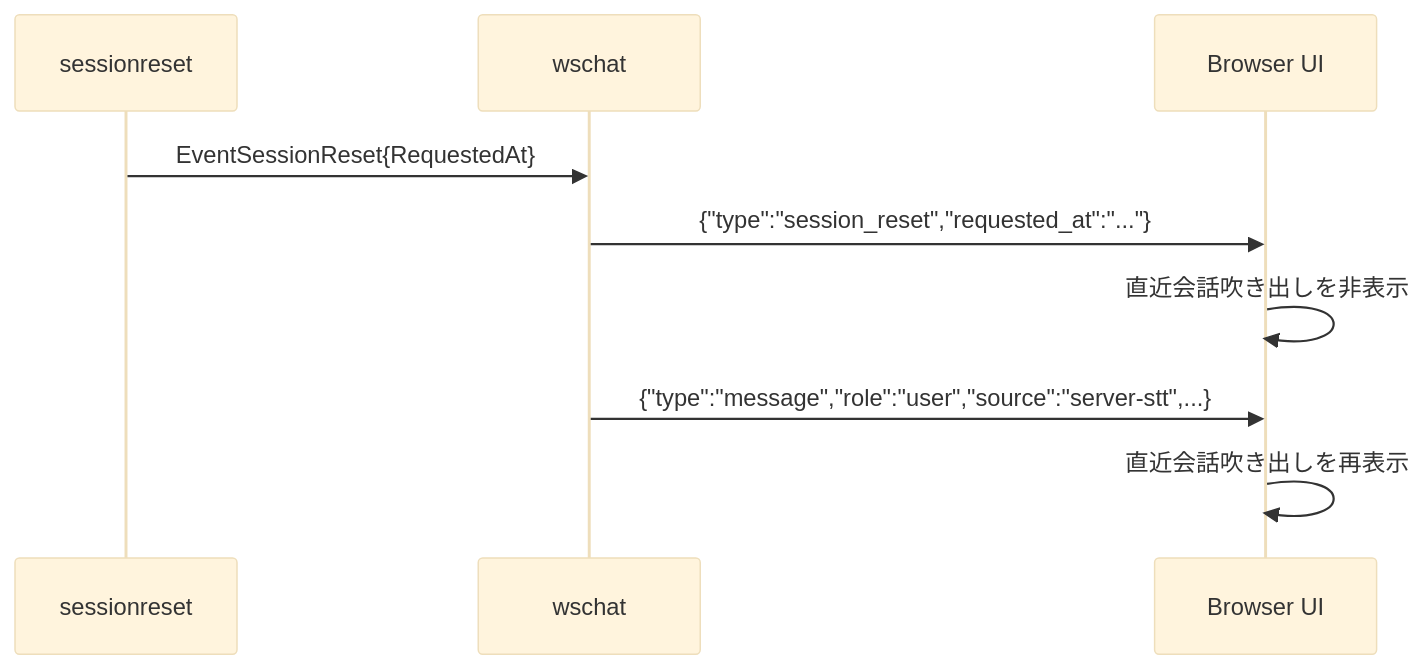
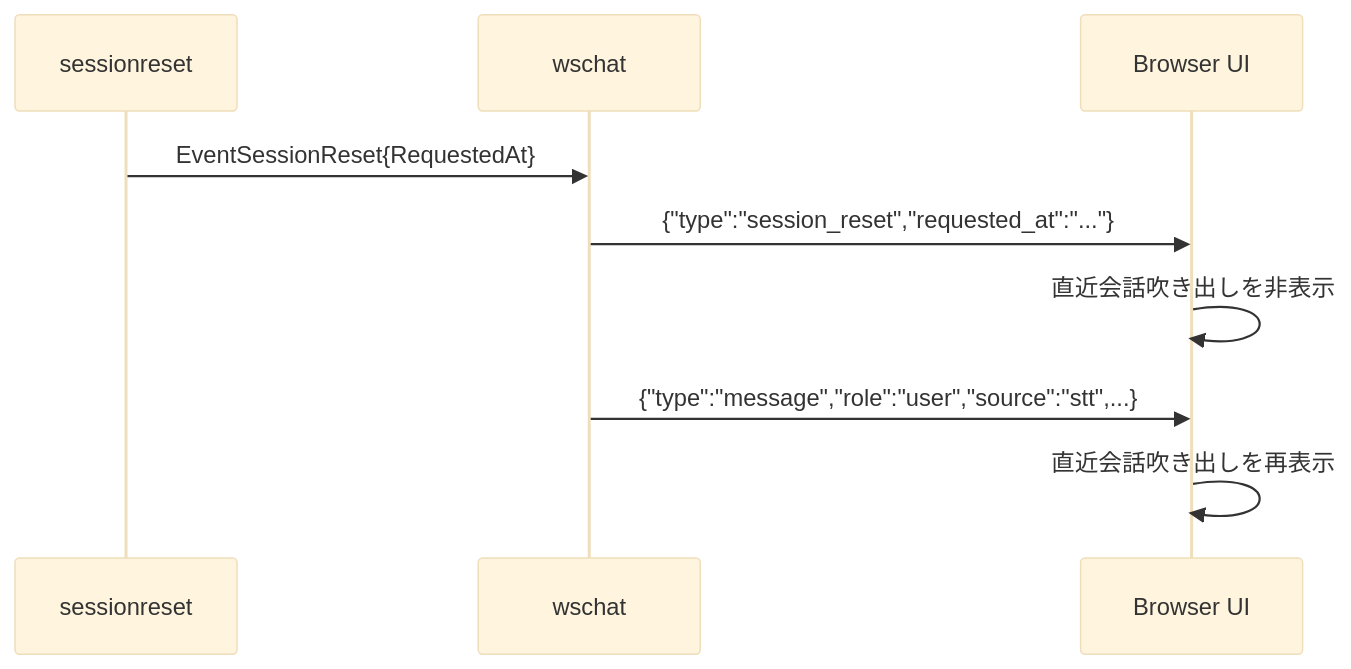
Before and after one commit to tetetratra/smart-speaker: the fourth of 5 diagrams in docs/components/wschat.md, drawn with Mermaid (base theme). The commit also changed other lines of this file and 3 other files, not shown here.

````diff
--- a/docs/components/wschat.md
+++ b/docs/components/wschat.md
@@ -139,12 +139,12 @@
 ```mermaid
 sequenceDiagram
     participant SR as sessionreset
     participant WS as wschat
     participant UI as Browser UI
 
     SR->>WS: EventSessionReset{RequestedAt}
     WS->>UI: {"type":"session_reset","requested_at":"..."}
     UI->>UI: 直近会話吹き出しを非表示
-    WS->>UI: {"type":"message","role":"user","source":"server-stt",...}
+    WS->>UI: {"type":"message","role":"user","source":"stt",...}
     UI->>UI: 直近会話吹き出しを再表示
 ```
````
